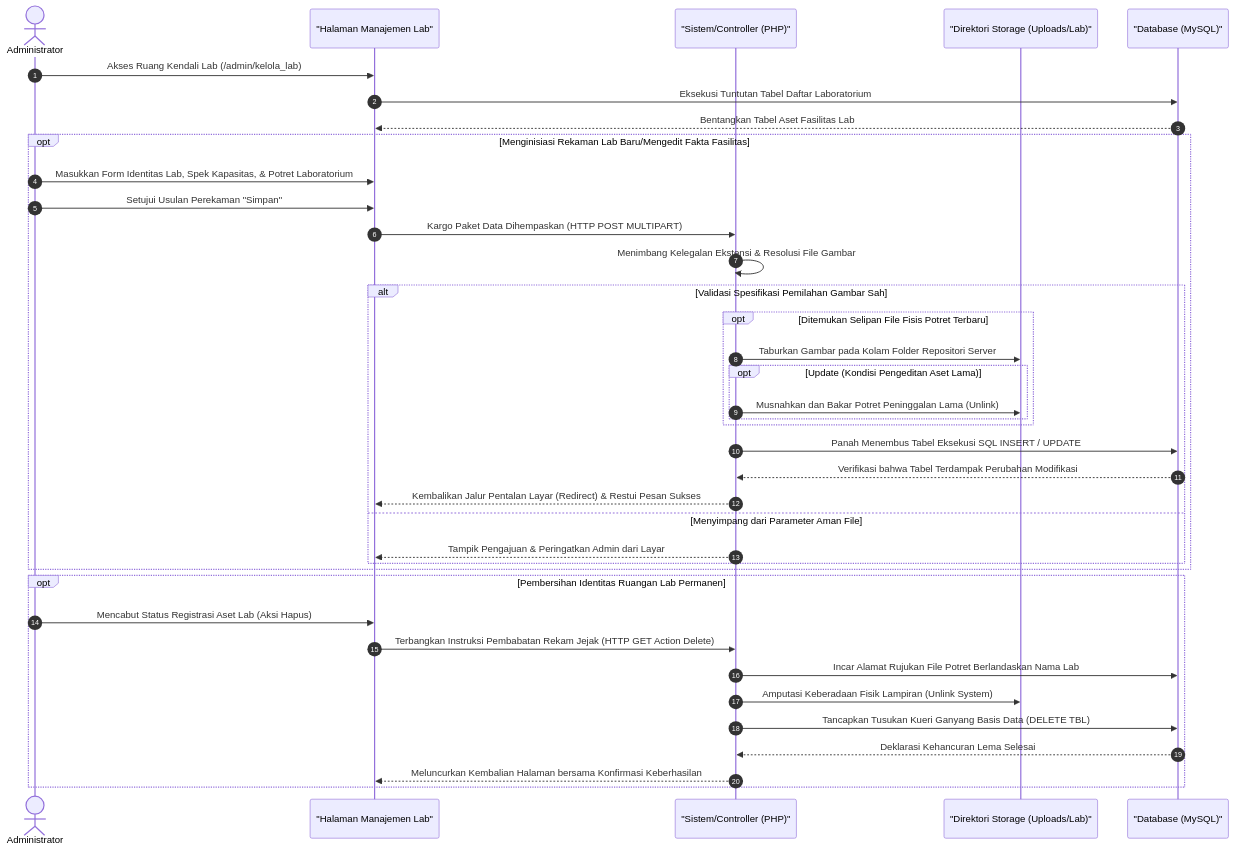
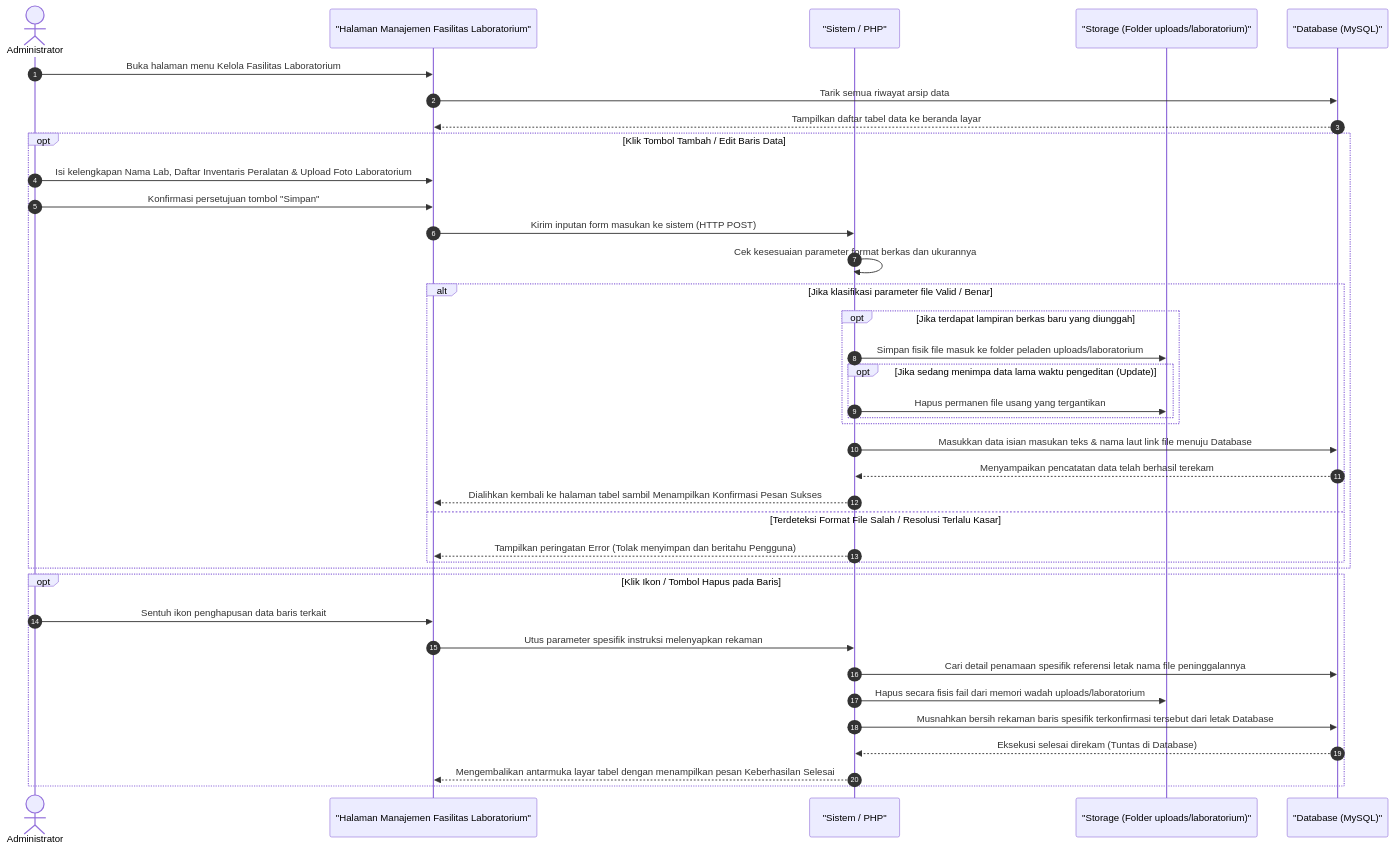
Before and after one commit to arbain-dev/Web_fikom: the diagram in docs/sequence_diagram_admin_laboratorium.md, drawn with Mermaid. The commit also changed other lines of this file and 17 other files, not shown here.

Commit message:
docs: menyederhanakan bahasa seluruh sequence diagram admin backend

````diff
--- a/docs/sequence_diagram_admin_laboratorium.md
+++ b/docs/sequence_diagram_admin_laboratorium.md
@@ -15,48 +29,48 @@
 ```mermaid
 sequenceDiagram
     autonumber
     actor Admin as Administrator
-    participant View as "Halaman Manajemen Lab"
-    participant System as "Sistem/Controller (PHP)"
-    participant Server as "Direktori Storage (Uploads/Lab)"
+    participant View as "Halaman Manajemen Fasilitas Laboratorium"
+    participant System as "Sistem / PHP"
+    participant Server as "Storage (Folder uploads/laboratorium)"
     participant DB as "Database (MySQL)"
 
-    Admin->>View: Akses Ruang Kendali Lab (/admin/kelola_lab)
-    View->>DB: Eksekusi Tuntutan Tabel Daftar Laboratorium
-    DB-->>View: Bentangkan Tabel Aset Fasilitas Lab
-    
-    %% Proses Tambah / Edit Lab
-    opt Menginisiasi Rekaman Lab Baru/Mengedit Fakta Fasilitas
-        Admin->>View: Masukkan Form Identitas Lab, Spek Kapasitas, & Potret Laboratorium
-        Admin->>View: Setujui Usulan Perekaman "Simpan"
-        View->>System: Kargo Paket Data Dihempaskan (HTTP POST MULTIPART)
+    Admin->>View: Buka halaman menu Kelola Fasilitas Laboratorium
+    View->>DB: Tarik semua riwayat arsip data
+    DB-->>View: Tampilkan daftar tabel data ke beranda layar
 
-        System->>System: Menimbang Kelegalan Ekstensi & Resolusi File Gambar
+    %% Proses Tambah / Edit
+    opt Klik Tombol Tambah / Edit Baris Data
+        Admin->>View: Isi kelengkapan Nama Lab, Daftar Inventaris Peralatan & Upload Foto Laboratorium
+        Admin->>View: Konfirmasi persetujuan tombol "Simpan"
+        View->>System: Kirim inputan form masukan ke sistem (HTTP POST)
+
+        System->>System: Cek kesesuaian parameter format berkas dan ukurannya
         
-        alt Validasi Spesifikasi Pemilahan Gambar Sah
-            opt Ditemukan Selipan File Fisis Potret Terbaru
-                System->>Server: Taburkan Gambar pada Kolam Folder Repositori Server
-                opt Update (Kondisi Pengeditan Aset Lama)
-                    System->>Server: Musnahkan dan Bakar Potret Peninggalan Lama (Unlink)
+        alt Jika klasifikasi parameter file Valid / Benar
+            opt Jika terdapat lampiran berkas baru yang diunggah
+                System->>Server: Simpan fisik file masuk ke folder peladen uploads/laboratorium
+                opt Jika sedang menimpa data lama waktu pengeditan (Update)
+                    System->>Server: Hapus permanen file usang yang tergantikan
                 end
             end
             
-            System->>DB: Panah Menembus Tabel Eksekusi SQL INSERT / UPDATE
-            DB-->>System: Verifikasi bahwa Tabel Terdampak Perubahan Modifikasi
-            System-->>View: Kembalikan Jalur Pentalan Layar (Redirect) & Restui Pesan Sukses  
-        else Menyimpang dari Parameter Aman File
-            System-->>View: Tampik Pengajuan & Peringatkan Admin dari Layar
+            System->>DB: Masukkan data isian masukan teks & nama laut link file menuju Database
+            DB-->>System: Menyampaikan pencatatan data telah berhasil terekam
+            System-->>View: Dialihkan kembali ke halaman tabel sambil Menampilkan Konfirmasi Pesan Sukses
+        else Terdeteksi Format File Salah / Resolusi Terlalu Kasar
+            System-->>View: Tampilkan peringatan Error (Tolak menyimpan dan beritahu Pengguna)
         end
     end
 
-    %% Proses Hapus Lab
-    opt Pembersihan Identitas Ruangan Lab Permanen
-        Admin->>View: Mencabut Status Registrasi Aset Lab (Aksi Hapus)
-        View->>System: Terbangkan Instruksi Pembabatan Rekam Jejak (HTTP GET Action Delete)
-        System->>DB: Incar Alamat Rujukan File Potret Berlandaskan Nama Lab
-        System->>Server: Amputasi Keberadaan Fisik Lampiran (Unlink System)
-        System->>DB: Tancapkan Tusukan Kueri Ganyang Basis Data (DELETE TBL)
-        DB-->>System: Deklarasi Kehancuran Lema Selesai
-        System-->>View: Meluncurkan Kembalian Halaman bersama Konfirmasi Keberhasilan
+    %% Proses Hapus
+    opt Klik Ikon / Tombol Hapus pada Baris
+        Admin->>View: Sentuh ikon penghapusan data baris terkait
+        View->>System: Utus parameter spesifik instruksi melenyapkan rekaman
+        System->>DB: Cari detail penamaan spesifik referensi letak nama file peninggalannya
+        System->>Server: Hapus secara fisis fail dari memori wadah uploads/laboratorium
+        System->>DB: Musnahkan bersih rekaman baris spesifik terkonfirmasi tersebut dari letak Database
+        DB-->>System: Eksekusi selesai direkam (Tuntas di Database)
+        System-->>View: Mengembalikan antarmuka layar tabel dengan menampilkan pesan Keberhasilan Selesai
     end
 ```
````
